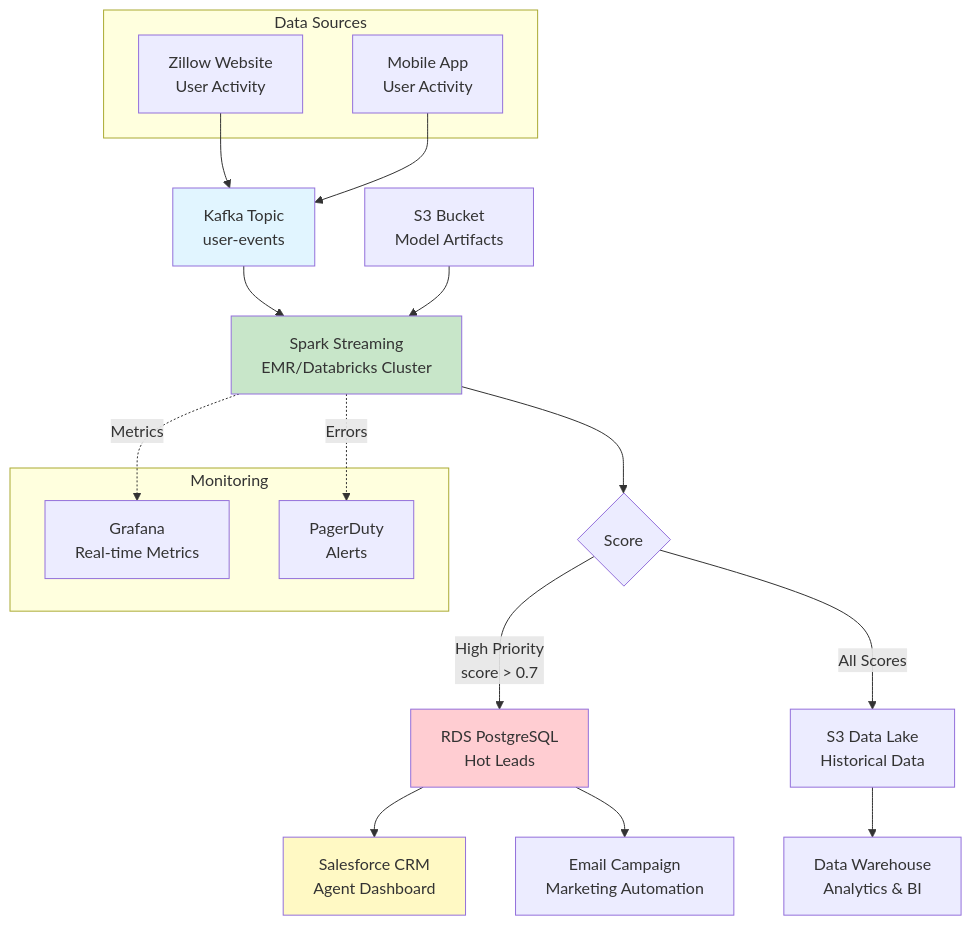
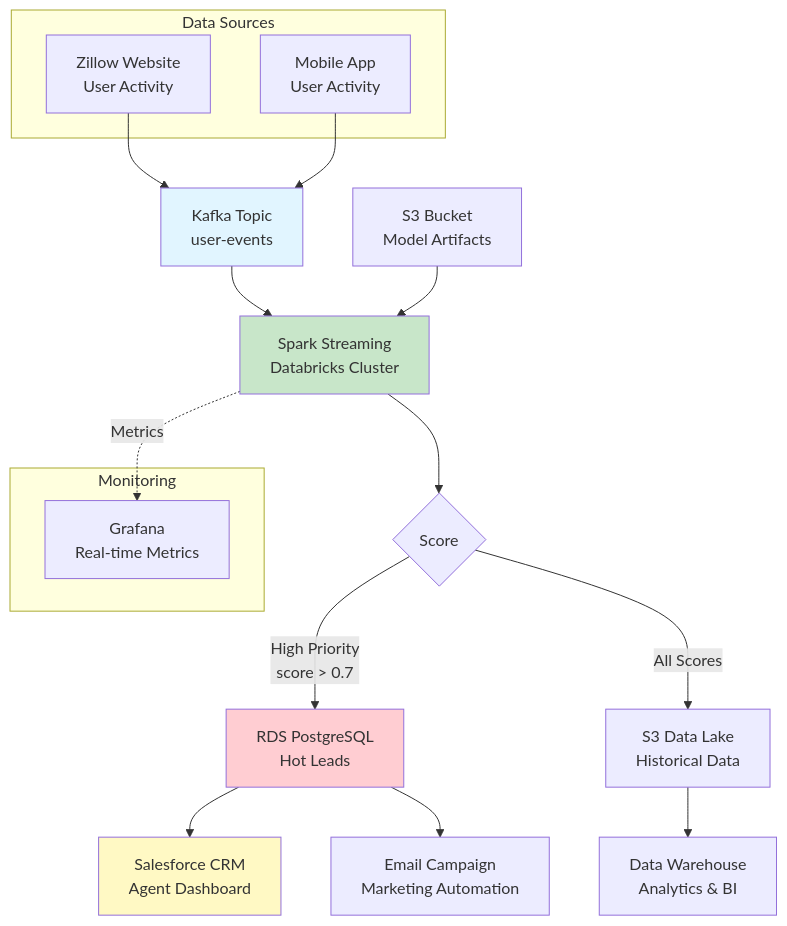
The fifth of 6 diagrams in docs/architecture.md (smiley-maker/realtime-lead-scoring), drawn with Mermaid before and after one commit. The commit also changed other lines of this file and 4 other files, not shown here.

````diff
--- a/docs/architecture.md
+++ b/docs/architecture.md
@@ -284,37 +230,35 @@
 ```mermaid
 flowchart TB
     subgraph sources[Data Sources]
         A[Zillow Website<br/>User Activity]
         B[Mobile App<br/>User Activity]
     end
     
     A --> C[Kafka Topic<br/>user-events]
     B --> C
     
-    C --> D[Spark Streaming<br/>EMR/Databricks Cluster]
+    C --> D[Spark Streaming<br/>Databricks Cluster]
     
     E[S3 Bucket<br/>Model Artifacts] --> D
     
     D --> F{Score}
     
     F -->|High Priority<br/>score > 0.7| G[RDS PostgreSQL<br/>Hot Leads]
     F -->|All Scores| H[S3 Data Lake<br/>Historical Data]
     
     G --> I[Salesforce CRM<br/>Agent Dashboard]
     G --> J[Email Campaign<br/>Marketing Automation]
     
     H --> K[Data Warehouse<br/>Analytics & BI]
     
     subgraph monitoring[Monitoring]
         L[Grafana<br/>Real-time Metrics]
-        M[PagerDuty<br/>Alerts]
     end
     
     D -.->|Metrics| L
-    D -.->|Errors| M
     
     style C fill:#e1f5ff
     style D fill:#c8e6c9
     style G fill:#ffcdd2
     style I fill:#fff9c4
 ```
````
